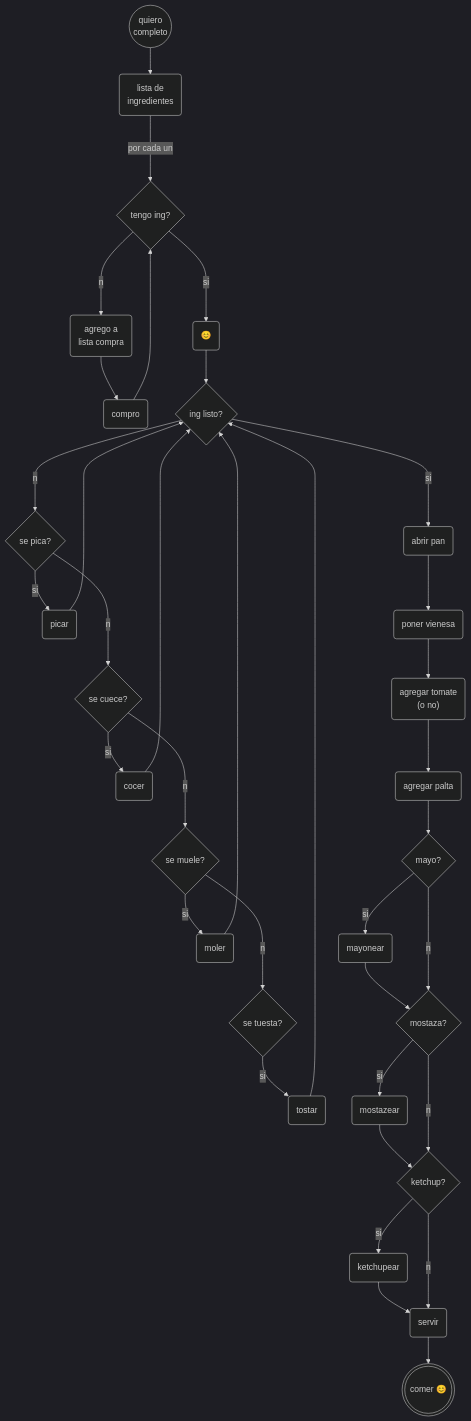
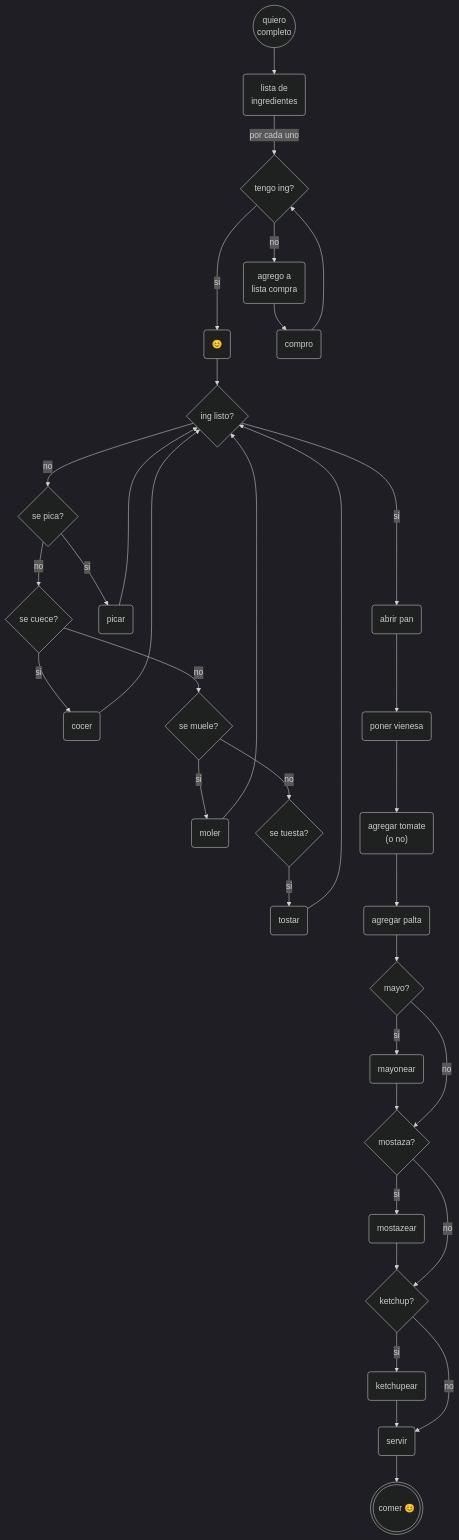
The diagram in 22-sz-mada/sesion-13a/README.md (antoloch/dis8645-2026-2-procesos-2), drawn with Mermaid (dark theme) before and after one commit.

````diff
--- a/22-sz-mada/sesion-13a/README.md
+++ b/22-sz-mada/sesion-13a/README.md
@@ -49,30 +49,30 @@
 ```mermaid
 flowchart TD
 
 A@{shape: circ, label: "quiero<br>completo"}-->B(lista de<br>ingredientes);
-B--por cada uno-->C{tengo ing?};
+B--por cada uno -->C{tengo ing?};
 C--si--->D("😊");
-C--no-->E(agrego a<br>lista compra);
+C--no -->E(agrego a<br>lista compra);
 E-->F(compro)-->C;
 D-->G{ing listo?};
 G--si--->H(abrir pan);
-G--no-->I{se pica?};
+G--no -->I{se pica?};
 I--si-->M(picar)-->G;
-I--no-->J{se cuece?};
+I--no -->J{se cuece?};
 J--si-->N(cocer)-->G;
-J--no-->K{se muele?};
+J--no -->K{se muele?};
 K--si-->O(moler)-->G;
-K--no-->L{se tuesta?};
+K--no -->L{se tuesta?};
 L--si-->P(tostar)-->G;
 H-->Q(poner vienesa);
 Q-->R("agregar tomate<br>(o no)");
 R-->S(agregar palta);
 S-->T{mayo?};
 T--si-->X(mayonear)-->U;
-T--no-->U{mostaza?};
+T--no -->U{mostaza?};
 U--si-->Y(mostazear)-->V;
-U--no-->V{ketchup?};
+U--no -->V{ketchup?};
 V--si-->Z(ketchupear)-->W;
-V--no-->W(servir);
+V--no -->W(servir);
 W-->AA@{shape: dbl-circ, label: "comer 😊"};
 ```
````
